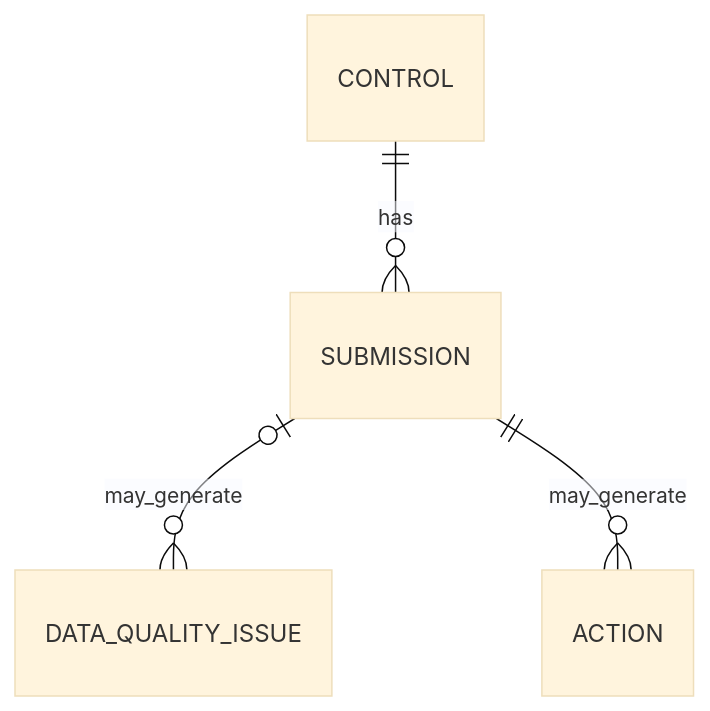
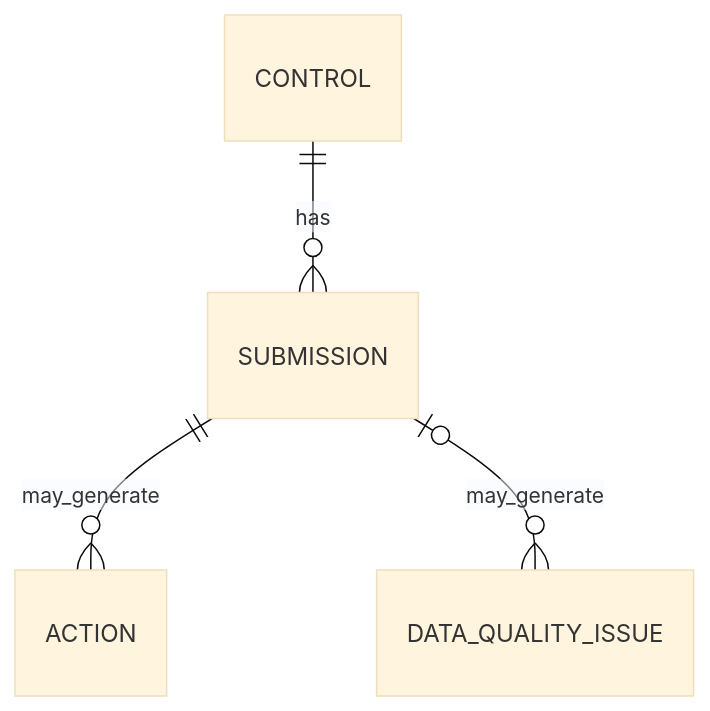
The diagram in docs/data_model.md (gw-ai-security/cyber-governance-automation-lab), drawn with Mermaid (base theme) before and after one commit. The commit also changed other lines of this file, not shown here.

````diff
--- a/docs/data_model.md
+++ b/docs/data_model.md
@@ -240,6 +178,6 @@
 ```mermaid
 erDiagram
     CONTROL ||--o{ SUBMISSION : has
+    SUBMISSION ||--o{ ACTION : may_generate
     SUBMISSION o|--o{ DATA_QUALITY_ISSUE : may_generate
-    SUBMISSION ||--o{ ACTION : may_generate
 ```
````
